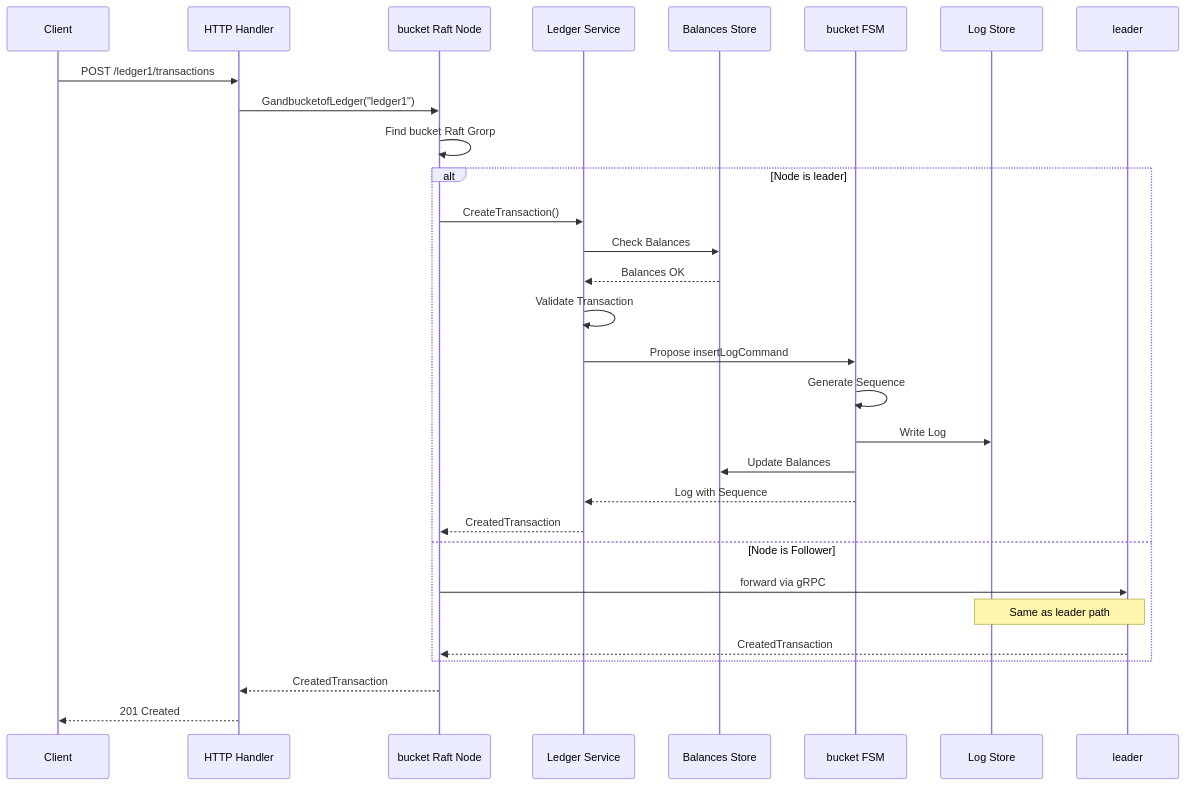
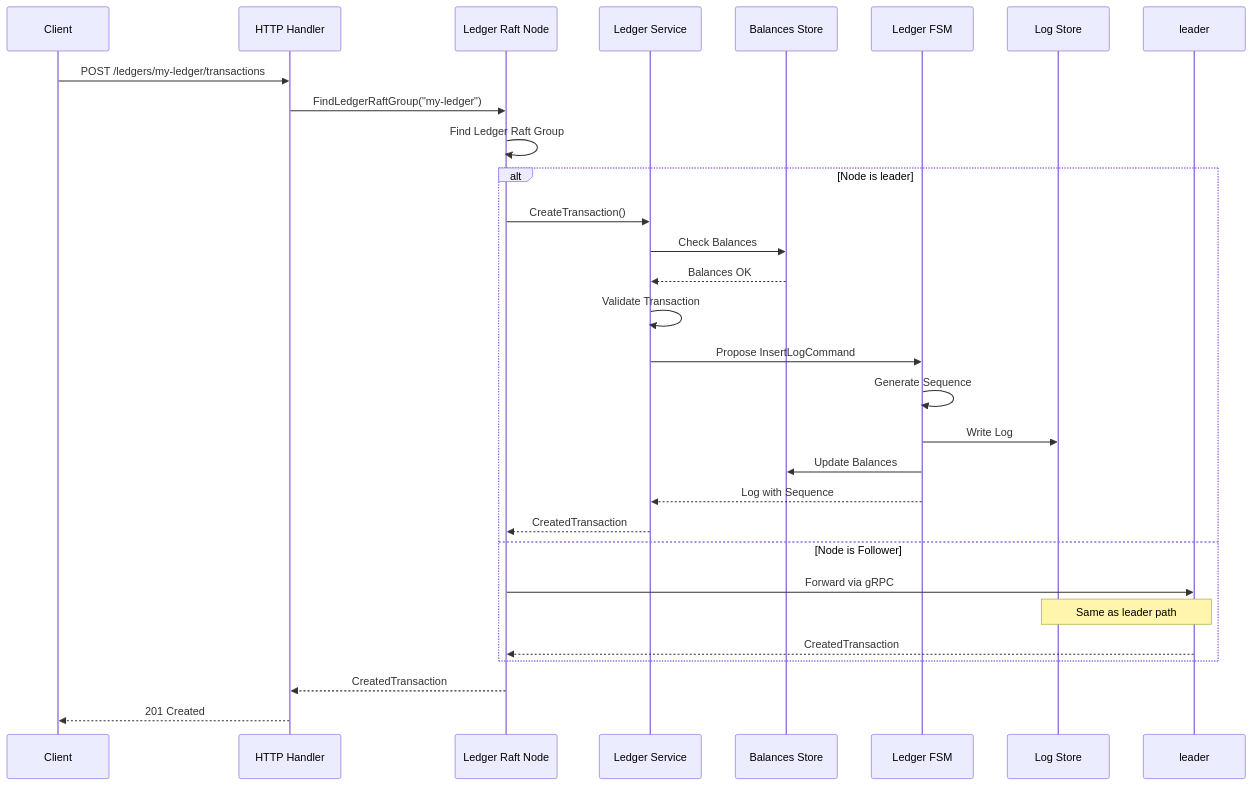
The second of 7 diagrams in docs/data-flows.md (formancehq/ledger), drawn with Mermaid before and after one commit. The commit also changed other lines of this file and 123 other files, not shown here.

````diff
--- a/docs/data-flows.md
+++ b/docs/data-flows.md
@@ -87,34 +87,34 @@
 ```mermaid
 sequenceDiagram
     participant Client
     participant HTTP as HTTP Handler
-    participant bucketNode as bucket Raft Node
+    participant LedgerNode as Ledger Raft Node
     participant LedgerService as Ledger Service
     participant BalancesStore as Balances Store
-    participant bucketFSM as bucket FSM
+    participant LedgerFSM as Ledger FSM
     participant logstore as Log Store
     
-    Client->>HTTP: POST /ledger1/transactions
-    HTTP->>bucketNode: GandbucketofLedger("ledger1")
-    bucketNode->>bucketNode: Find bucket Raft Grorp
+    Client->>HTTP: POST /ledgers/my-ledger/transactions
+    HTTP->>LedgerNode: FindLedgerRaftGroup("my-ledger")
+    LedgerNode->>LedgerNode: Find Ledger Raft Group
     
     alt Node is leader
-        bucketNode->>LedgerService: CreateTransaction()
+        LedgerNode->>LedgerService: CreateTransaction()
         LedgerService->>BalancesStore: Check Balances
         BalancesStore-->>LedgerService: Balances OK
         LedgerService->>LedgerService: Validate Transaction
-        LedgerService->>bucketFSM: Propose insertLogCommand
-        bucketFSM->>bucketFSM: Generate Sequence
-        bucketFSM->>logstore: Write Log
-        bucketFSM->>BalancesStore: Update Balances
-        bucketFSM-->>LedgerService: Log with Sequence
-        LedgerService-->>bucketNode: CreatedTransaction
+        LedgerService->>LedgerFSM: Propose InsertLogCommand
+        LedgerFSM->>LedgerFSM: Generate Sequence
+        LedgerFSM->>logstore: Write Log
+        LedgerFSM->>BalancesStore: Update Balances
+        LedgerFSM-->>LedgerService: Log with Sequence
+        LedgerService-->>LedgerNode: CreatedTransaction
     else Node is Follower
-        bucketNode->>leader: forward via gRPC
+        LedgerNode->>leader: Forward via gRPC
         Note over leader,logstore: Same as leader path
-        leader-->>bucketNode: CreatedTransaction
+        leader-->>LedgerNode: CreatedTransaction
     end
     
-    bucketNode-->>HTTP: CreatedTransaction
+    LedgerNode-->>HTTP: CreatedTransaction
     HTTP-->>Client: 201 Created
 ```
````
